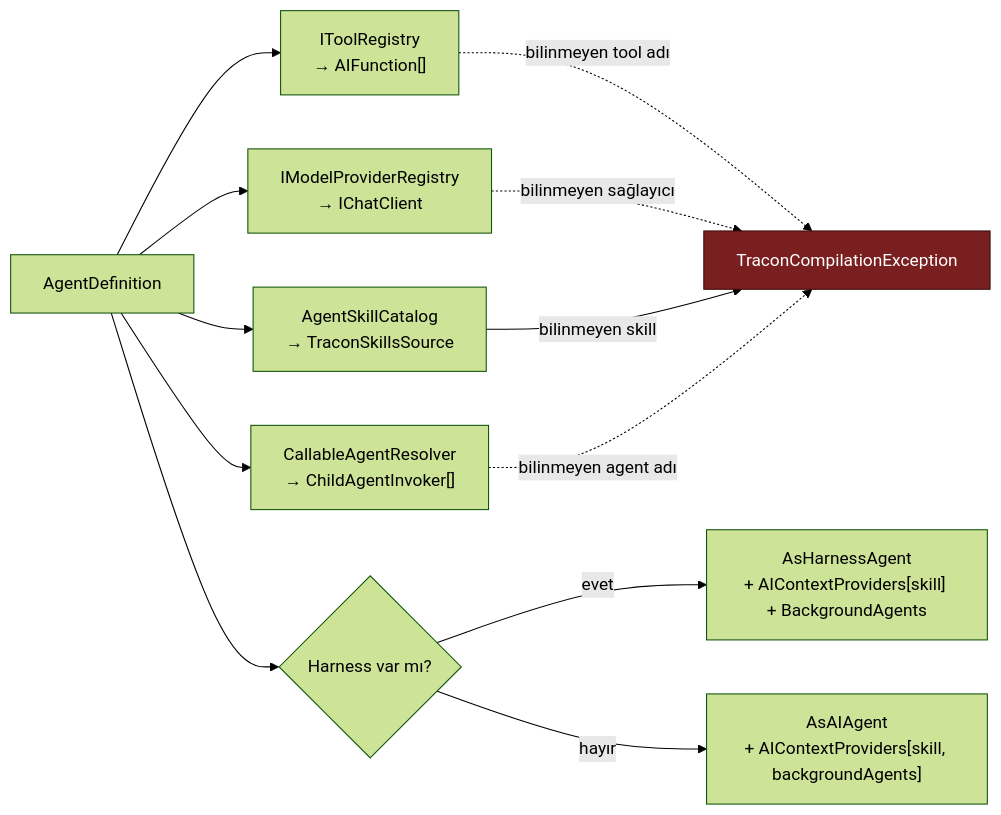
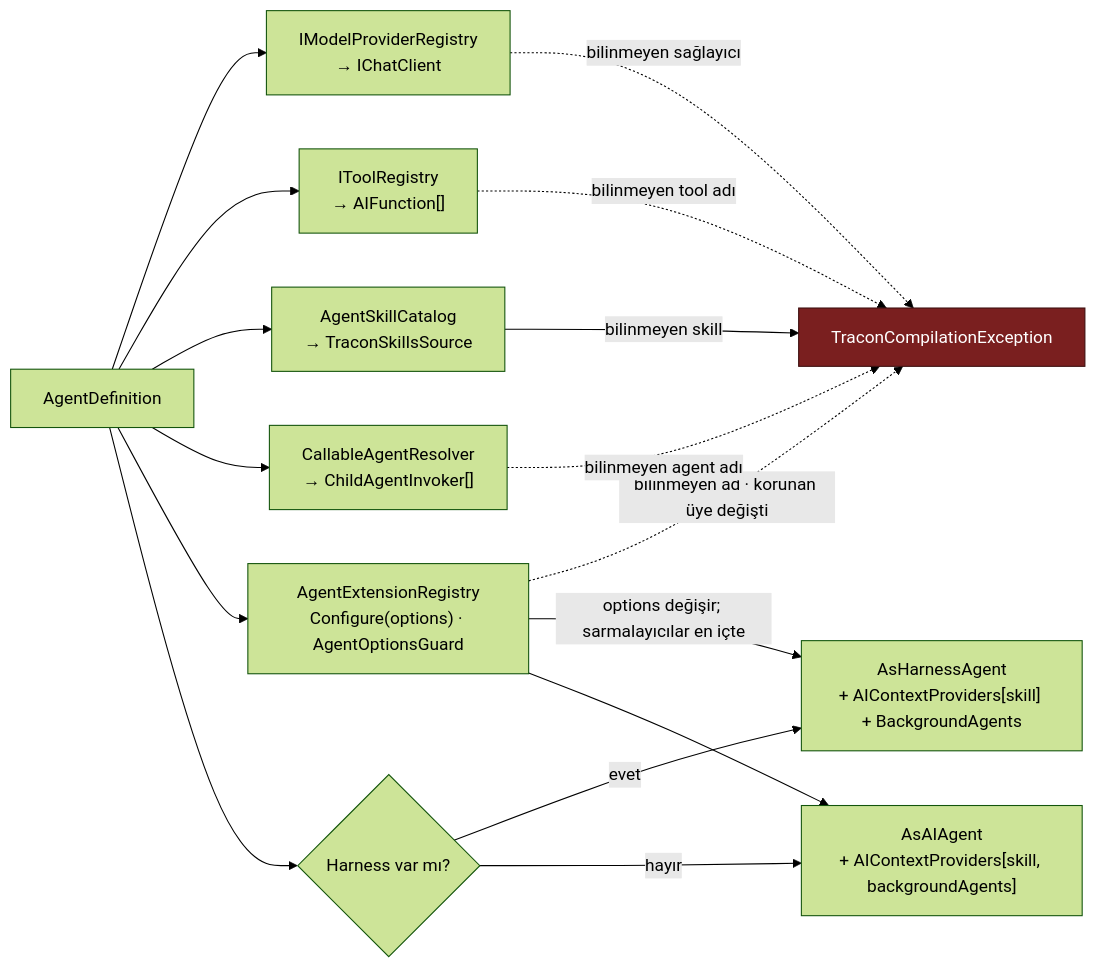
One commit to farukatasoy/Tracon changed the fifth of 7 diagrams in docs/MIMARI.md. Above: the diagram before and after it, drawn with Mermaid (forest theme). The commit also changed other lines of this file and 97 other files, not shown here.

````diff
--- a/docs/MIMARI.md
+++ b/docs/MIMARI.md
@@ -342,17 +342,21 @@
 ```mermaid
 flowchart LR
     D["AgentDefinition"] --> M["IModelProviderRegistry<br/>→ IChatClient"]
     D --> T["IToolRegistry<br/>→ AIFunction[]"]
     D --> S["AgentSkillCatalog<br/>→ TraconSkillsSource"]
     D --> G["CallableAgentResolver<br/>→ ChildAgentInvoker[]"]
+    D --> X["AgentExtensionRegistry<br/>Configure(options) · AgentOptionsGuard"]
     D --> H{"Harness var mı?"}
     T -.->|"bilinmeyen tool adı"| E["TraconCompilationException"]
+    X -.->|"bilinmeyen ad · korunan üye değişti"| E
     M -.->|"bilinmeyen sağlayıcı"| E
     S -->|"bilinmeyen skill"| E
     G -.->|"bilinmeyen agent adı"| E
     H -->|"evet"| HA["AsHarnessAgent<br/>+ AIContextProviders[skill] + BackgroundAgents"]
     H -->|"hayır"| CA["AsAIAgent<br/>+ AIContextProviders[skill, backgroundAgents]"]
+    X -->|"options değişir; sarmalayıcılar en içte"| HA
+    X --> CA
 
     classDef hata fill:#7a1f1f,stroke:#3d0f0f,color:#ffffff
     class E hata
 ```
````
